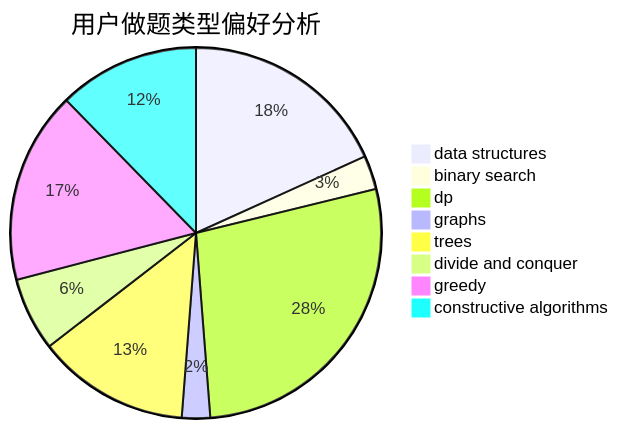
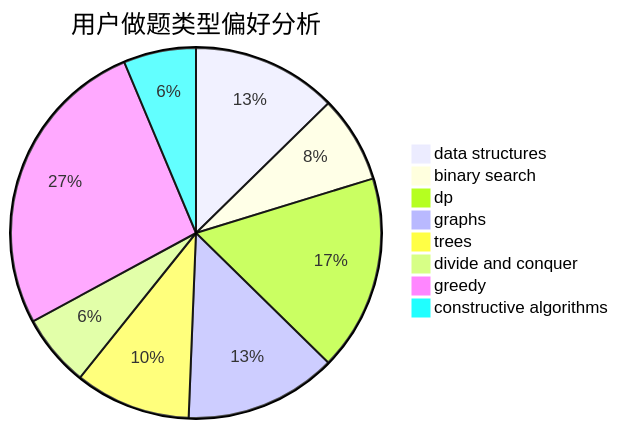
One commit to sherpahu/cfrs.github.io changed the second of 3 diagrams in docs/user/u2452.md. Above: the diagram before and after it, drawn with Mermaid. The commit also changed other lines of this file and 2770 other files, not shown here.

````diff
--- a/docs/user/u2452.md
+++ b/docs/user/u2452.md
@@ -23,11 +23,11 @@
 ```mermaid
 pie title 用户做题类型偏好分析
-    "data structures" :  37
-    "binary search" :  6
-    "dp" :  56
-    "graphs" :  5
-    "trees" :  27
-    "divide and conquer" :  13
-    "greedy" :  34
-    "constructive algorithms" :  25
+    "data structures" :  20
+    "binary search" :  12
+    "dp" :  27
+    "graphs" :  21
+    "trees" :  16
+    "divide and conquer" :  10
+    "greedy" :  42
+    "constructive algorithms" :  10
 ```
````
